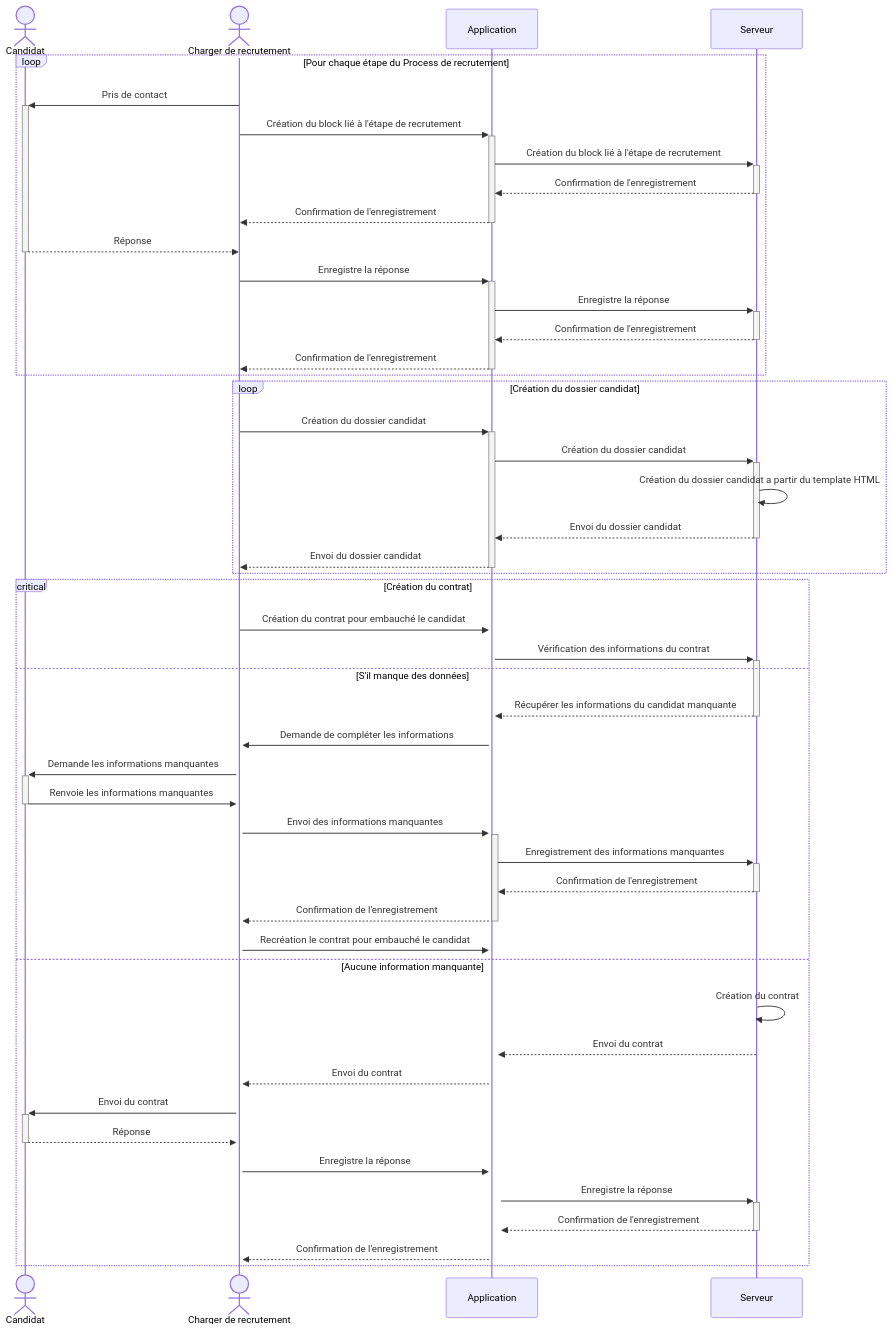
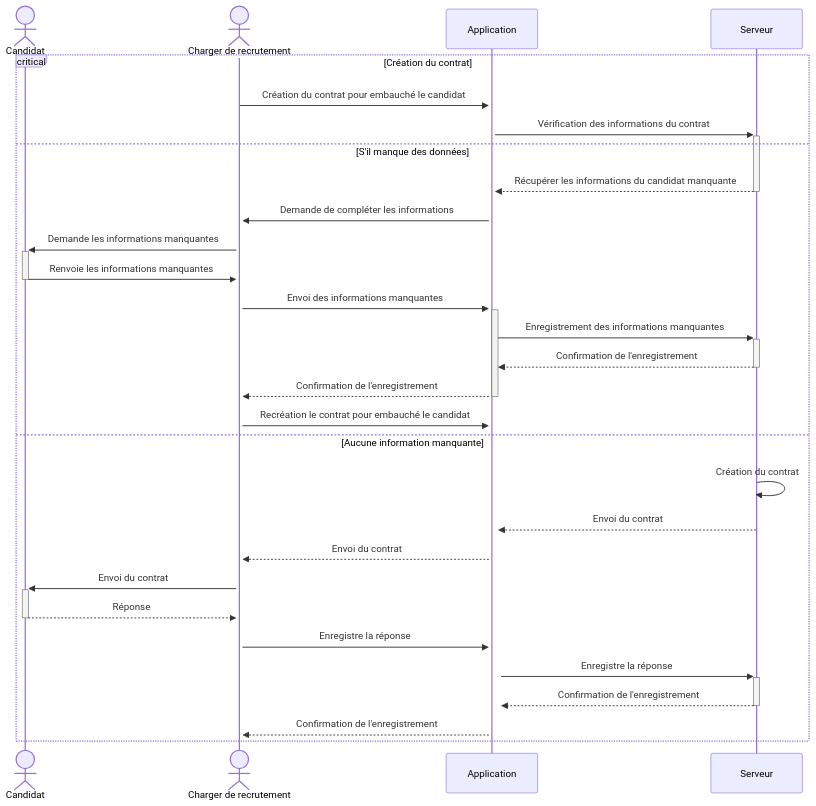
The third of 6 diagrams in README.md (QuentinVdr/CompoMetier), drawn with Mermaid before and after one commit. The commit also changed other lines of this file, not shown here.

Commit message:
✨ Update UML diagrams in README.md

````diff
--- a/README.md
+++ b/README.md
@@ -7,53 +48,31 @@
 ```mermaid
 sequenceDiagram
     actor C as Candidat
     actor CR as Charger de recrutement
     participant Front as Application
     participant Back as Serveur
-
-    loop Pour chaque étape du Process de recrutement
-        CR->>+C: Pris de contact
-        CR->>+Front: Création du block lié à l'étape de recrutement
-        Front->>+Back: Création du block lié à l'étape de recrutement
-        Back-->>-Front: Confirmation de l'enregistrement
-        Front-->>-CR: Confirmation de l'enregistrement
-        C-->>-CR: Réponse
-        CR->>+Front: Enregistre la réponse
-        Front->>+Back: Enregistre la réponse
-        Back-->>-Front: Confirmation de l'enregistrement
-        Front-->>-CR: Confirmation de l'enregistrement
-    end
-
-    loop Création du dossier candidat
-        CR->>+Front: Création du dossier candidat
-        Front->>+Back: Création du dossier candidat
-        Back->>Back: Création du dossier candidat a partir du template HTML
-        Back-->>-Front: Envoi du dossier candidat
-        Front-->>-CR: Envoi du dossier candidat
-    end
-
     critical Création du contrat
         CR->>+Front: Création du contrat pour embauché le candidat
         Front->>+Back: Vérification des informations du contrat
     Option S'il manque des données
         Back-->>-Front: Récupérer les informations du candidat manquante
         Front->>+CR: Demande de compléter les informations
         CR->>+C : Demande les informations manquantes
         C->>-CR : Renvoie les informations manquantes
         CR->>+Front: Envoi des informations manquantes
         Front->>+Back: Enregistrement des informations manquantes
         Back-->>-Front: Confirmation de l'enregistrement
         Front-->>-CR: Confirmation de l'enregistrement
         CR->>+Front: Recréation le contrat pour embauché le candidat
     Option Aucune information manquante
         Back->>Back: Création du contrat
         Back-->>Front: Envoi du contrat
         Front-->>CR: Envoi du contrat
         CR->>+C: Envoi du contrat
         C-->>-CR: Réponse
         CR->>+Front: Enregistre la réponse
         Front->>+Back: Enregistre la réponse
         Back-->>-Front: Confirmation de l'enregistrement
         Front-->>CR: Confirmation de l'enregistrement
     end
 ```
````
